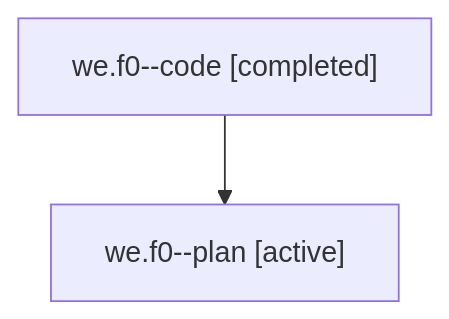
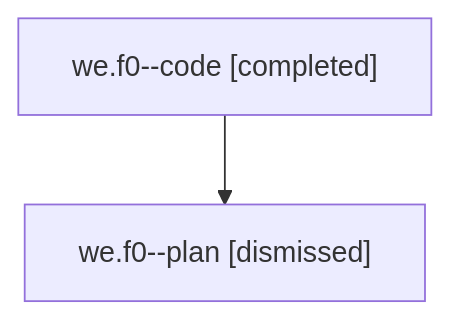
Before and after one commit to sase-org/sase--agents: the diagram in sessions/bbugyi200.athena.we.f0.md, drawn with Mermaid. The commit also changed other lines of this file and 40 other files, not shown here.

````diff
--- a/sessions/bbugyi200.athena.we.f0.md
+++ b/sessions/bbugyi200.athena.we.f0.md
@@ -9,6 +9,6 @@
 ```mermaid
 flowchart TD
   n0["we.f0--code [completed]"]
-  n1["we.f0--plan [active]"]
+  n1["we.f0--plan [dismissed]"]
   n0 --> n1
 ```
````
